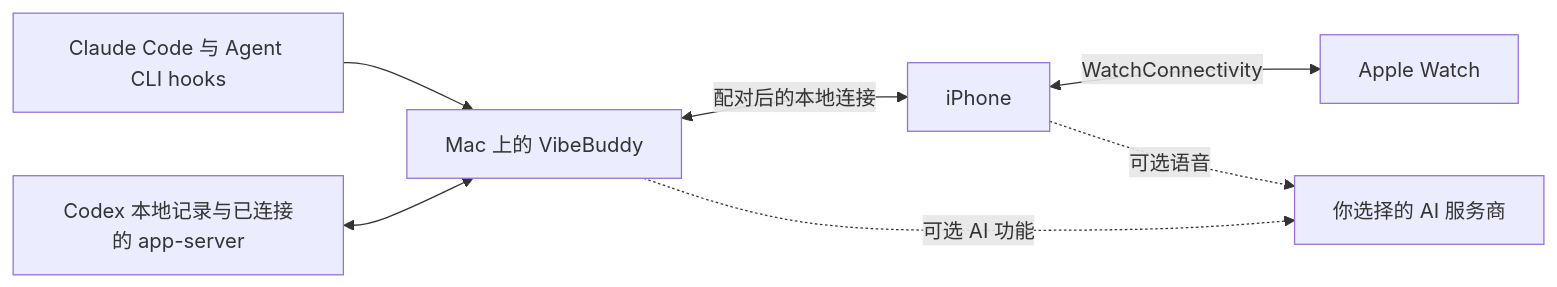
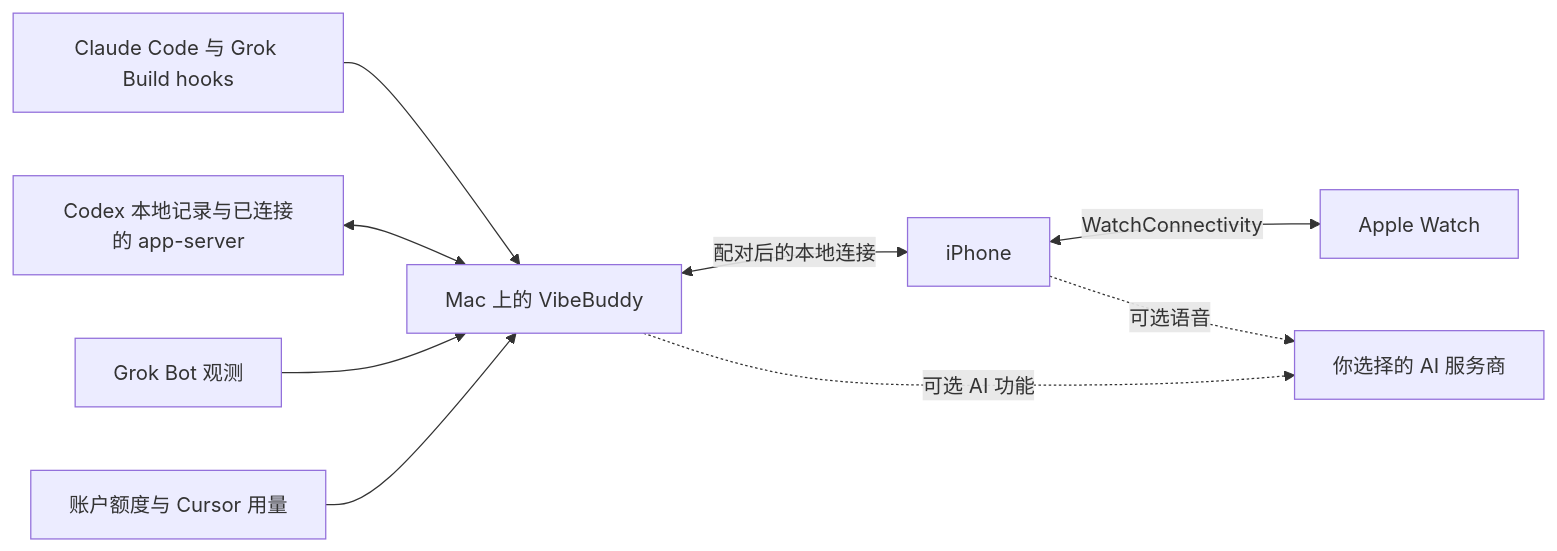
Before and after one commit to semantic-craft/iOS-vibebuddy: the diagram in README.zh-CN.md, drawn with Mermaid. The commit also changed other lines of this file and 3 other files, not shown here.

Commit message:
docs: feature Grok Build, Grok Bot and Cursor in product overview

````diff
--- a/README.zh-CN.md
+++ b/README.zh-CN.md
@@ -97,9 +100,11 @@
 ```mermaid
 flowchart LR
-    A[Claude Code 与 Agent CLI hooks] --> M[Mac 上的 VibeBuddy]
+    A[Claude Code 与 Grok Build hooks] --> M[Mac 上的 VibeBuddy]
     C[Codex 本地记录与已连接的 app-server] <--> M
+    B[Grok Bot 观测] --> M
+    U[账户额度与 Cursor 用量] --> M
     M <-->|配对后的本地连接| P[iPhone]
     P <-->|WatchConnectivity| W[Apple Watch]
     M -. 可选 AI 功能 .-> V[你选择的 AI 服务商]
     P -. 可选语音 .-> V
 ```
````
